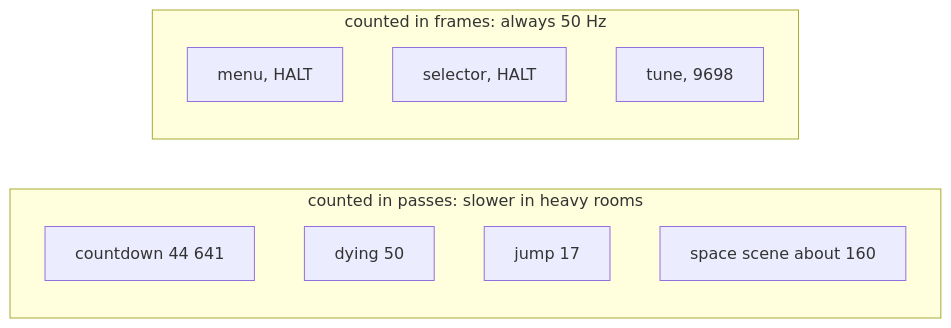
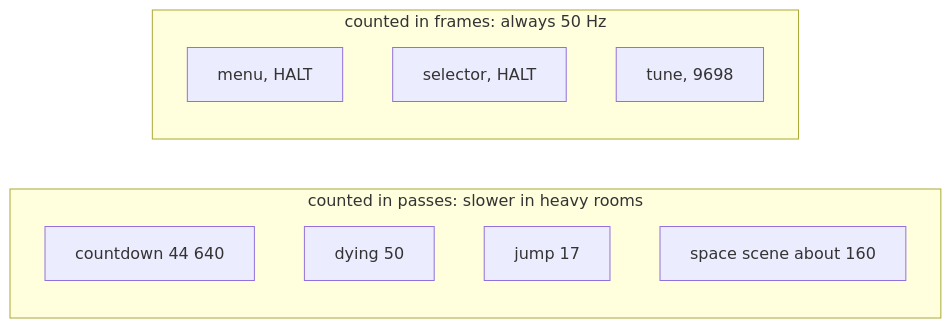
The ninth of 9 diagrams in games/terramex/docs/04-game-loop.md (alfishe/unrealng-reverse-cases), drawn with Mermaid before and after one commit. The commit also changed other lines of this file and 70 other files, not shown here.

````diff
--- a/games/terramex/docs/04-game-loop.md
+++ b/games/terramex/docs/04-game-loop.md
@@ -1015,14 +1053,14 @@
 ```mermaid
 flowchart LR
     subgraph passes["counted in passes: slower in heavy rooms"]
-        A["countdown 44 641"]
+        A["countdown 44 640"]
         B["dying 50"]
         C["jump 17"]
         D["space scene about 160"]
     end
     subgraph frames["counted in frames: always 50 Hz"]
         E["menu, HALT"]
         F["selector, HALT"]
         G["tune, 9698"]
     end
 ```
````
